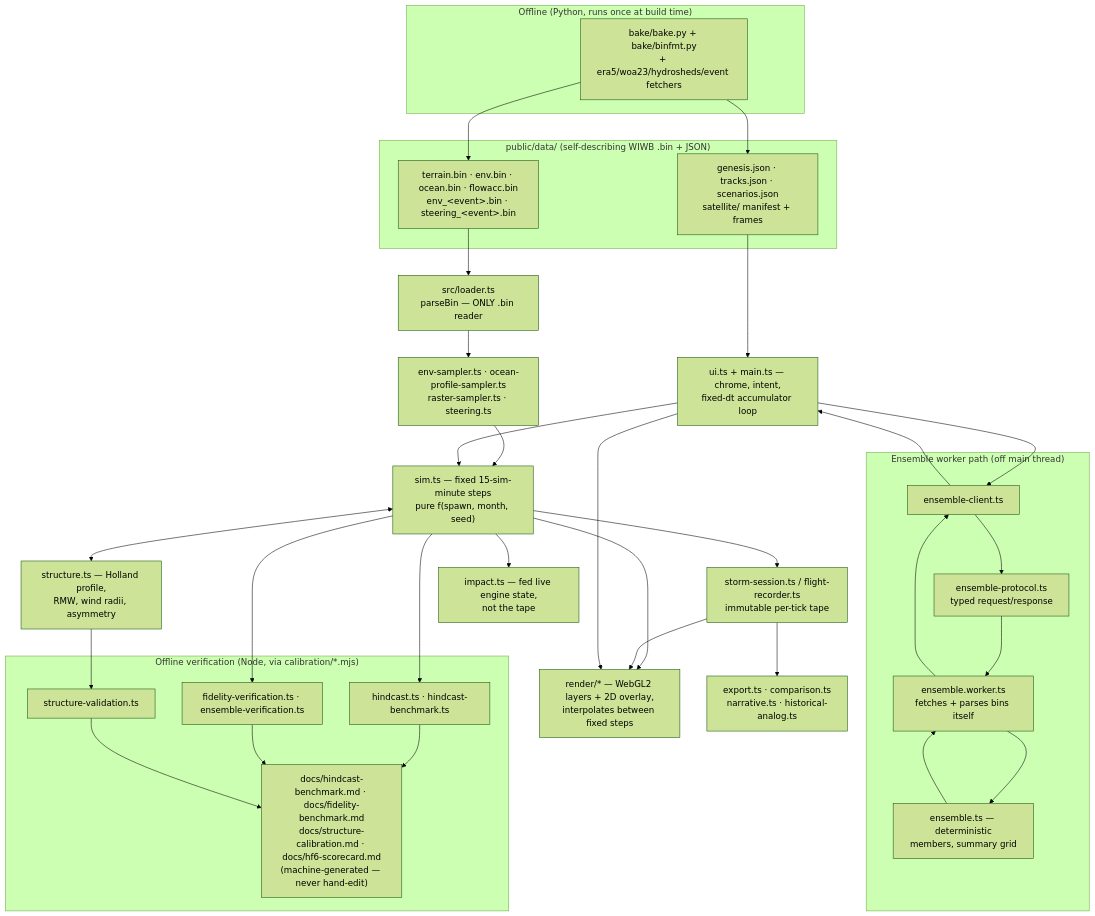
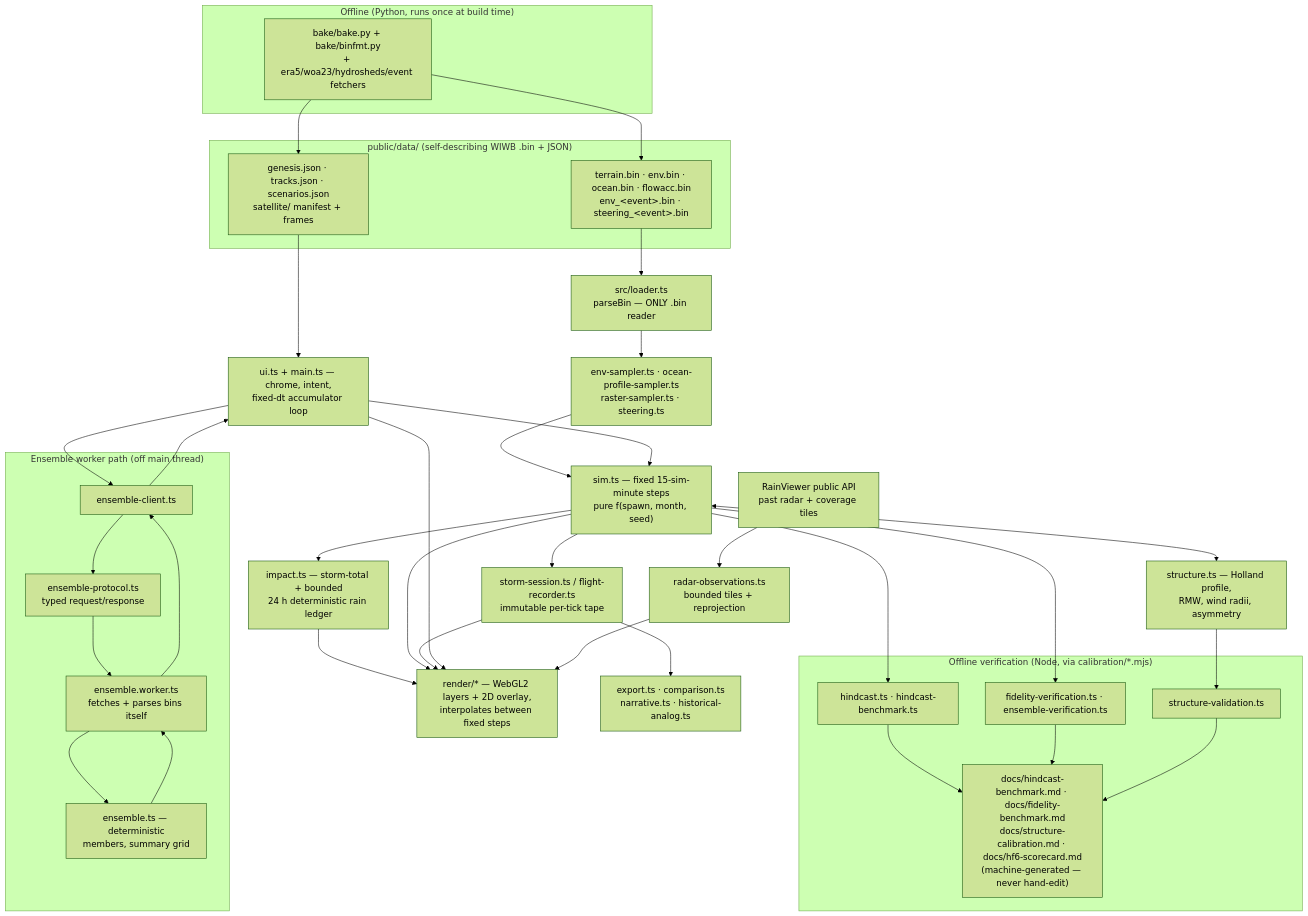
The diagram in docs/architecture.md (NasserAlbusaidi/wallah-its-windy), drawn with Mermaid (forest theme) before and after one commit. The commit also changed other lines of this file and 19 other files, not shown here.

Commit message:
feat: add observed radar and rain accumulation

````diff
--- a/docs/architecture.md
+++ b/docs/architecture.md
@@ -27,55 +27,59 @@
 ```mermaid
 flowchart TD
   subgraph offline["Offline (Python, runs once at build time)"]
     BAKE["bake/bake.py + bake/binfmt.py<br/>+ era5/woa23/hydrosheds/event fetchers"]
   end
 
   subgraph assets["public/data/ (self-describing WIWB .bin + JSON)"]
     BINS["terrain.bin · env.bin · ocean.bin · flowacc.bin<br/>env_&lt;event&gt;.bin · steering_&lt;event&gt;.bin"]
     JSONS["genesis.json · tracks.json · scenarios.json<br/>satellite/ manifest + frames"]
   end
 
   LOADER["src/loader.ts<br/>parseBin — ONLY .bin reader"]
   SAMPLERS["env-sampler.ts · ocean-profile-sampler.ts<br/>raster-sampler.ts · steering.ts"]
   SIM["sim.ts — fixed 15-sim-minute steps<br/>pure f(spawn, month, seed)"]
   STRUCT["structure.ts — Holland profile,<br/>RMW, wind radii, asymmetry"]
   TAPE["storm-session.ts / flight-recorder.ts<br/>immutable per-tick tape"]
   RENDER["render/* — WebGL2 layers + 2D overlay,<br/>interpolates between fixed steps"]
   UI["ui.ts + main.ts — chrome, intent,<br/>fixed-dt accumulator loop"]
-  IMPACT["impact.ts — fed live engine state,<br/>not the tape"]
+  IMPACT["impact.ts — storm-total + bounded<br/>24 h deterministic rain ledger"]
+  RADARAPI["RainViewer public API<br/>past radar + coverage tiles"]
+  RADARBOUNDARY["radar-observations.ts<br/>bounded tiles + reprojection"]
   DOWNSTREAM["export.ts · comparison.ts<br/>narrative.ts · historical-analog.ts"]
 
   BAKE --> BINS
   BAKE --> JSONS
   BINS --> LOADER --> SAMPLERS --> SIM
   SIM <--> STRUCT
   SIM --> TAPE --> DOWNSTREAM
   SIM --> IMPACT
+  IMPACT --> RENDER
   SIM --> RENDER
   TAPE --> RENDER
   JSONS --> UI
   UI --> SIM
   UI --> RENDER
+  RADARAPI --> RADARBOUNDARY --> RENDER
 
   subgraph worker["Ensemble worker path (off main thread)"]
     CLIENT["ensemble-client.ts"]
     PROTO["ensemble-protocol.ts<br/>typed request/response"]
     WORKER["ensemble.worker.ts<br/>fetches + parses bins itself"]
     ENS["ensemble.ts — deterministic<br/>members, summary grid"]
   end
   UI --> CLIENT --> PROTO --> WORKER --> ENS
   ENS --> WORKER --> CLIENT --> UI
 
   subgraph verify["Offline verification (Node, via calibration/*.mjs)"]
     HIND["hindcast.ts · hindcast-benchmark.ts"]
     FID["fidelity-verification.ts · ensemble-verification.ts"]
     SVAL["structure-validation.ts"]
     REPORTS["docs/hindcast-benchmark.md · docs/fidelity-benchmark.md<br/>docs/structure-calibration.md · docs/hf6-scorecard.md<br/>(machine-generated — never hand-edit)"]
   end
   SIM --> HIND
   SIM --> FID
   STRUCT --> SVAL
   HIND --> REPORTS
   FID --> REPORTS
   SVAL --> REPORTS
 ```
````
